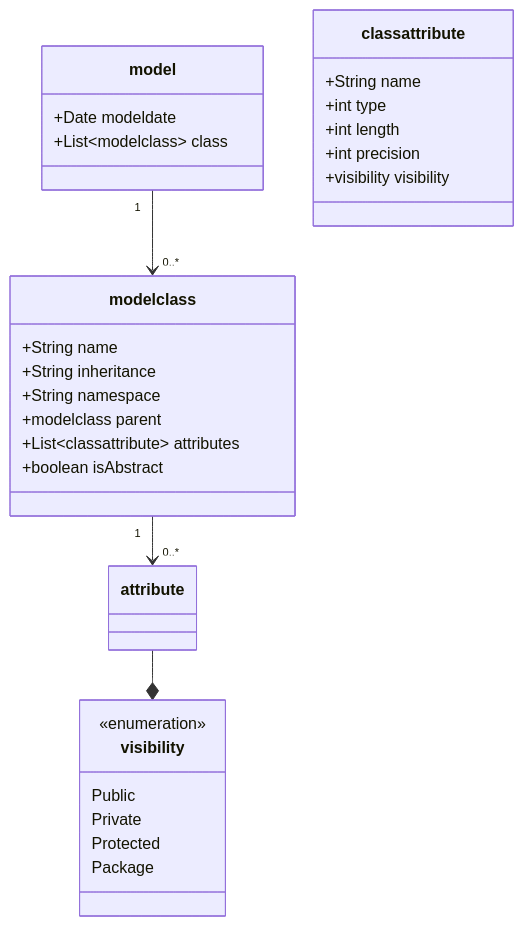
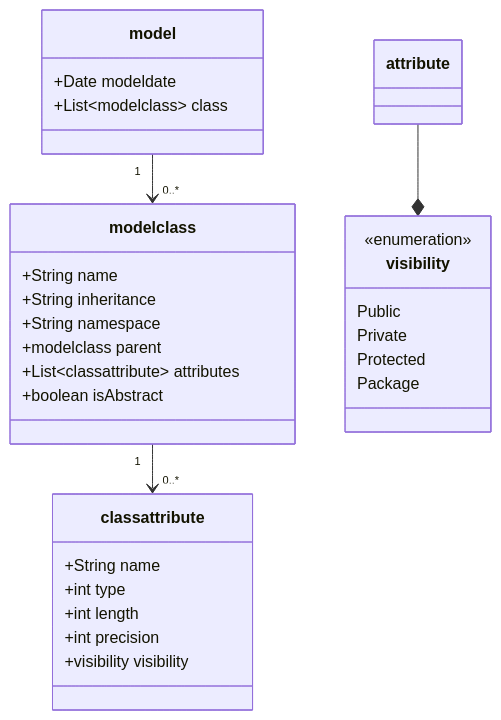
Before and after one commit to philrwebb/Generation: the diagram in output/classes.md, drawn with Mermaid.

Commit message:
fixed classattribute association

````diff
--- a/output/classes.md
+++ b/output/classes.md
@@ -1,32 +1,32 @@
 ```mermaid
 classDiagram
 class modelclass {
     +String name
     +String inheritance
     +String namespace
     +modelclass parent
     +List~classattribute~ attributes
     +boolean isAbstract
 }
 class model {
     +Date modeldate
     +List~modelclass~ class
 }
 class classattribute {
     +String name
     +int type
     +int length
     +int precision
     +visibility visibility
 }
 class visibility {
     <<enumeration>>
     Public
     Private
     Protected
     Package
 }
 model "1" --> "0..*" modelclass
-modelclass "1" --> "0..*" attribute
+modelclass "1" --> "0..*" classattribute
 attribute --* visibility
 ```
````
